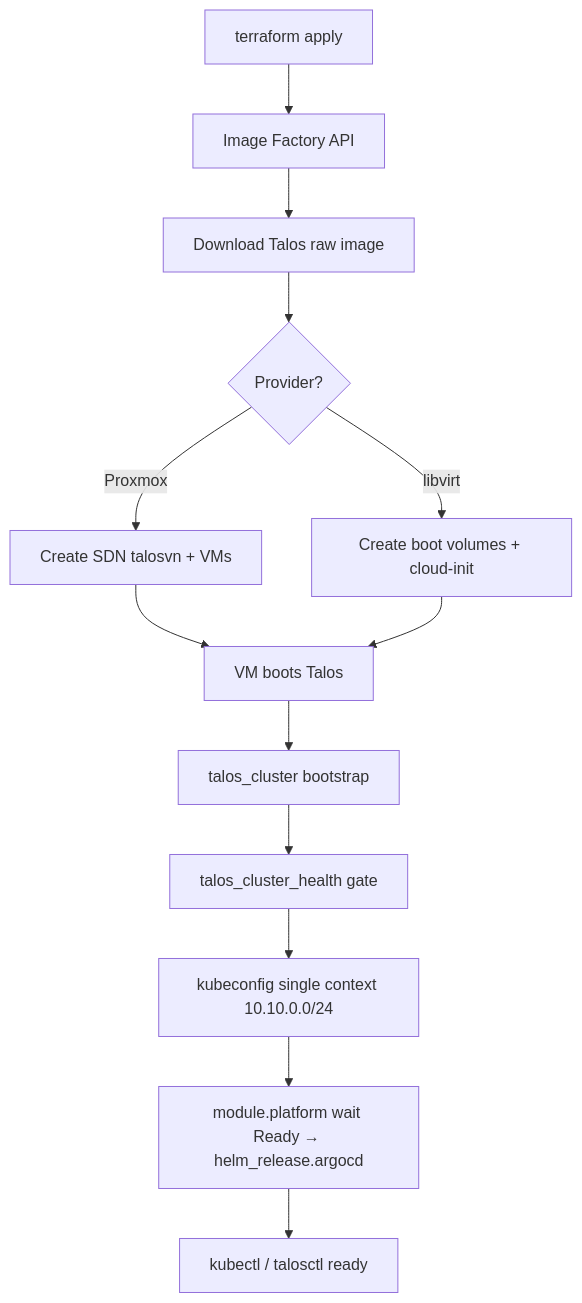
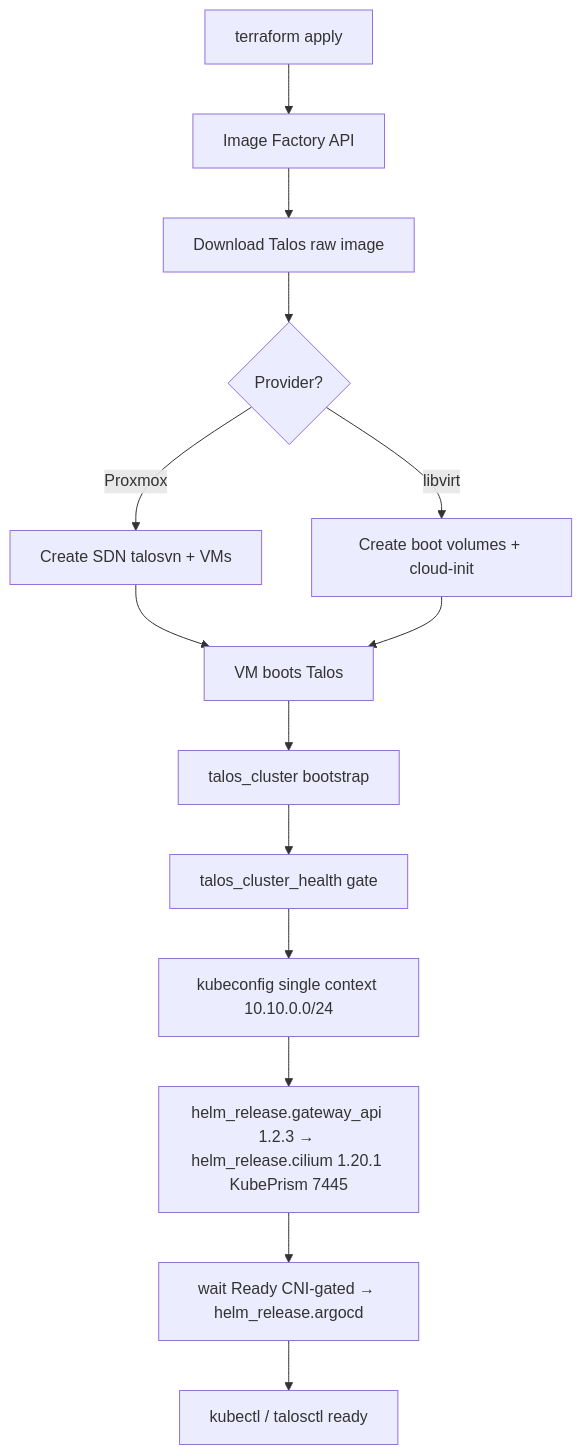
Before and after one commit to Seom88/infra-talos-homelab: the diagram in README.md, drawn with Mermaid. The commit also changed other lines of this file and 17 other files, not shown here.

First line of the commit message:
feat(platform): refactor Cilium and Gateway API installation

````diff
--- a/README.md
+++ b/README.md
@@ -73,15 +73,16 @@
 ```mermaid
 flowchart TD
     A[terraform apply] --> B[Image Factory API]
     B --> C[Download Talos raw image]
     C --> D{Provider?}
     D -->|Proxmox| E[Create SDN talosvn + VMs]
     D -->|libvirt| F[Create boot volumes + cloud-init]
     E --> G[VM boots Talos]
     F --> G
     G --> H[talos_cluster bootstrap]
     H --> I[talos_cluster_health gate]
     I --> J[kubeconfig single context 10.10.0.0/24]
-    J --> K[module.platform wait Ready → helm_release.argocd]
-    K --> L[kubectl / talosctl ready]
+    J --> K[helm_release.gateway_api 1.2.3 → helm_release.cilium 1.20.1 KubePrism 7445]
+    K --> L[wait Ready CNI-gated → helm_release.argocd]
+    L --> M[kubectl / talosctl ready]
 ```
````
